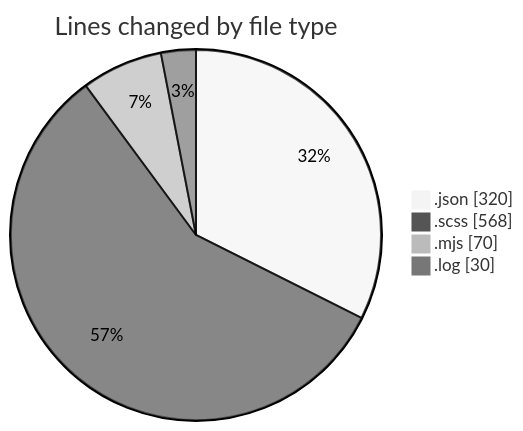
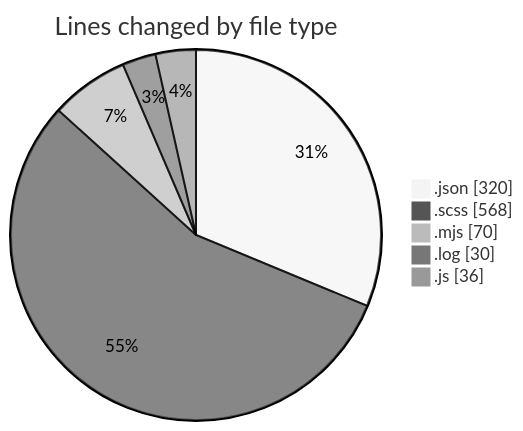
Before and after one commit to momahboobian/code-tracking: the first of 2 diagrams in 2026-08-12/cda/README.md, drawn with Mermaid (neutral theme). The commit also changed other lines of this file and 1 other file, not shown here.

````diff
--- a/2026-08-12/cda/README.md
+++ b/2026-08-12/cda/README.md
@@ -28,8 +29,9 @@
 ```mermaid
 pie showData
 title Lines changed by file type
 ".json" : 320
 ".scss" : 568
 ".mjs" : 70
 ".log" : 30
+".js" : 36
 ```
````
